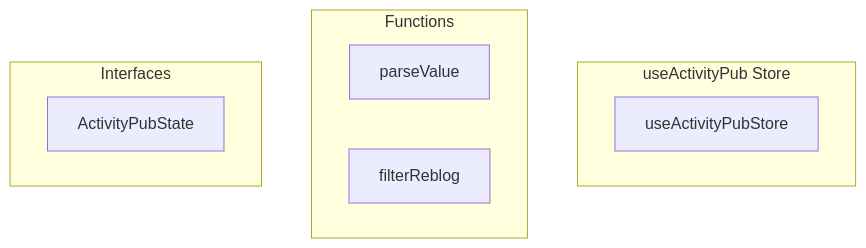
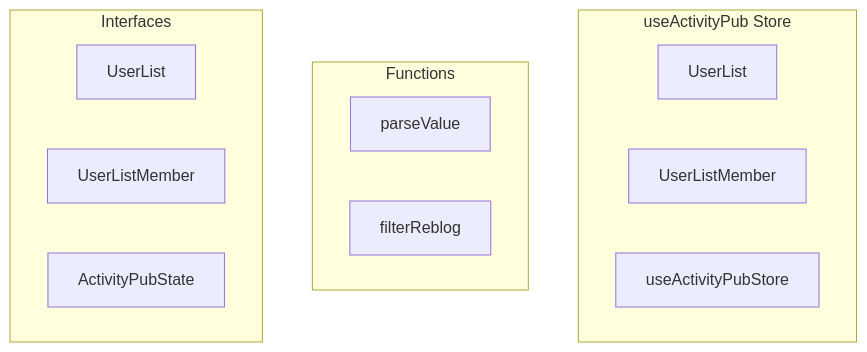
The diagram in docs/api/stores/useactivitypub.md (y4my4my4m/harmony), drawn with Mermaid before and after one commit. The commit also changed other lines of this file and 211 other files, not shown here.

````diff
--- a/docs/api/stores/useactivitypub.md
+++ b/docs/api/stores/useactivitypub.md
@@ -7,15 +7,19 @@
 ```mermaid
 graph TB
     subgraph "useActivityPub Store"
+        USERLIST[UserList]
+        USERLISTMEMBER[UserListMember]
         USEACTIVITYPUBSTORE[useActivityPubStore]
     end
     
     subgraph "Functions"
         FN_PARSEVALUE[parseValue]
         FN_FILTERREBLOG[filterReblog]
     end
     
     subgraph "Interfaces"
+        INT_USERLIST[UserList]
+        INT_USERLISTMEMBER[UserListMember]
         INT_ACTIVITYPUBSTATE[ActivityPubState]
     end
 ```
````
